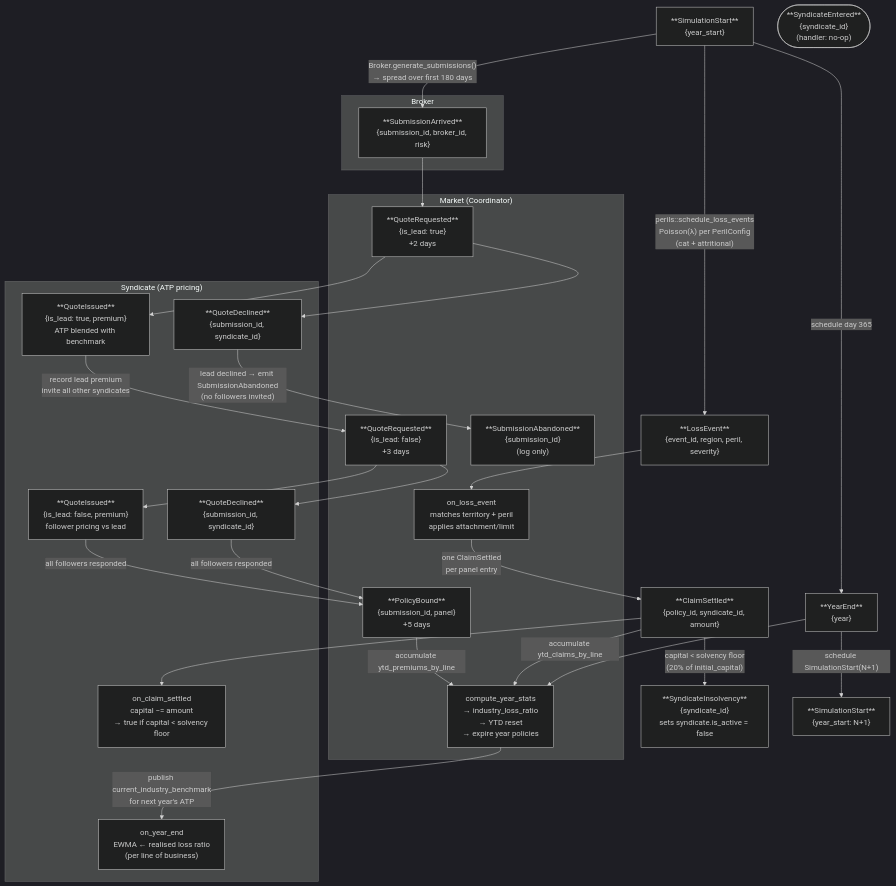
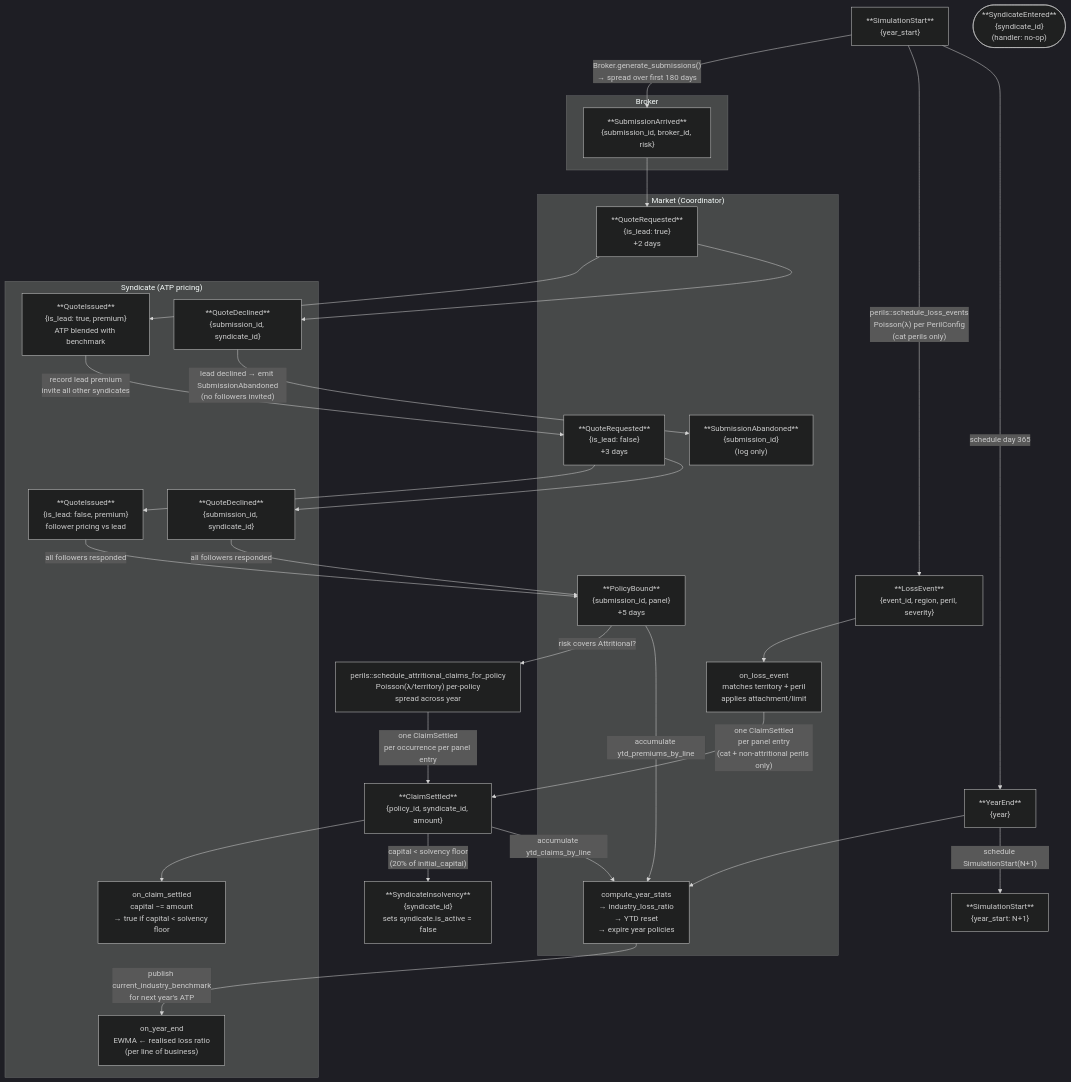
The diagram in docs/event-flow.md (samthorold/rins), drawn with Mermaid (dark theme) before and after one commit. The commit also changed other lines of this file and 6 other files, not shown here.

First line of the commit message:
Fix claim distribution: per-policy attritional, JP territory, EarthquakeJapan routing

````diff
--- a/docs/event-flow.md
+++ b/docs/event-flow.md
@@ -6,71 +6,74 @@
 ```mermaid
 flowchart TD
     %% ── Year lifecycle ──────────────────────────────────────────────────────
 
     SS["**SimulationStart**\n{year_start}"]
     YE["**YearEnd**\n{year}"]
     LE["**LossEvent**\n{event_id, region, peril, severity}"]
     SS_NEXT["**SimulationStart**\n{year_start: N+1}"]
 
     SS -->|"Broker.generate_submissions()\n→ spread over first 180 days"| SA
-    SS -->|"perils::schedule_loss_events\nPoisson(λ) per PerilConfig\n(cat + attritional)"| LE
+    SS -->|"perils::schedule_loss_events\nPoisson(λ) per PerilConfig\n(cat perils only)"| LE
     SS -->|"schedule day 365"| YE
 
     %% ── Quoting round ───────────────────────────────────────────────────────
 
     subgraph Broker
         SA["**SubmissionArrived**\n{submission_id, broker_id, risk}"]
     end
 
     subgraph Market["Market (Coordinator)"]
         QR_L["**QuoteRequested**\n{is_lead: true}\n+2 days"]
         QR_F["**QuoteRequested**\n{is_lead: false}\n+3 days"]
         PB["**PolicyBound**\n{submission_id, panel}\n+5 days"]
         ABANDON_EVENT["**SubmissionAbandoned**\n{submission_id}\n(log only)"]
         LE_D["on_loss_event\nmatches territory + peril\napplies attachment/limit"]
         STATS["compute_year_stats\n→ industry_loss_ratio\n→ YTD reset\n→ expire year policies"]
     end
 
     subgraph Syndicate["Syndicate  (ATP pricing)"]
         QI_L["**QuoteIssued**\n{is_lead: true, premium}\nATP blended with benchmark"]
         QD_L["**QuoteDeclined**\n{submission_id, syndicate_id}"]
         QI_F["**QuoteIssued**\n{is_lead: false, premium}\nfollower pricing vs lead"]
         QD_F["**QuoteDeclined**\n{submission_id, syndicate_id}"]
         CS_S["on_claim_settled\ncapital −= amount\n→ true if capital < solvency floor"]
         YE_S["on_year_end\nEWMA ← realised loss ratio\n(per line of business)"]
     end
 
     SA --> QR_L
     QR_L --> QI_L
     QR_L --> QD_L
     QI_L -->|"record lead premium\ninvite all other syndicates"| QR_F
     QD_L -->|"lead declined → emit SubmissionAbandoned\n(no followers invited)"| ABANDON_EVENT
     QR_F --> QI_F
     QR_F --> QD_F
     QI_F -->|"all followers responded"| PB
     QD_F -->|"all followers responded"| PB
 
     %% ── Loss cascade ────────────────────────────────────────────────────────
 
     CS["**ClaimSettled**\n{policy_id, syndicate_id, amount}"]
+    ATTR["perils::schedule_attritional_claims_for_policy\nPoisson(λ/territory) per-policy\nspread across year"]
 
     LE --> LE_D
-    LE_D -->|"one ClaimSettled\nper panel entry"| CS
+    LE_D -->|"one ClaimSettled\nper panel entry\n(cat + non-attritional perils only)"| CS
+    PB -->|"risk covers Attritional?"| ATTR
+    ATTR -->|"one ClaimSettled\nper occurrence per panel entry"| CS
     CS --> CS_S
     CS -->|"accumulate ytd_claims_by_line"| STATS
 
     PB -->|"accumulate ytd_premiums_by_line"| STATS
 
     %% ── Year end ────────────────────────────────────────────────────────────
 
     YE --> STATS
     STATS -->|"publish current_industry_benchmark\nfor next year's ATP"| YE_S
     YE -->|"schedule SimulationStart(N+1)"| SS_NEXT
 
     %% ── Entry / insolvency ──────────────────────────────────────────────────
 
     SE(["**SyndicateEntered**\n{syndicate_id}\n(handler: no-op)"])
     SI["**SyndicateInsolvency**\n{syndicate_id}\nsets syndicate.is_active = false"]
 
     CS -->|"capital < solvency floor\n(20% of initial_capital)"| SI
 ```
````
